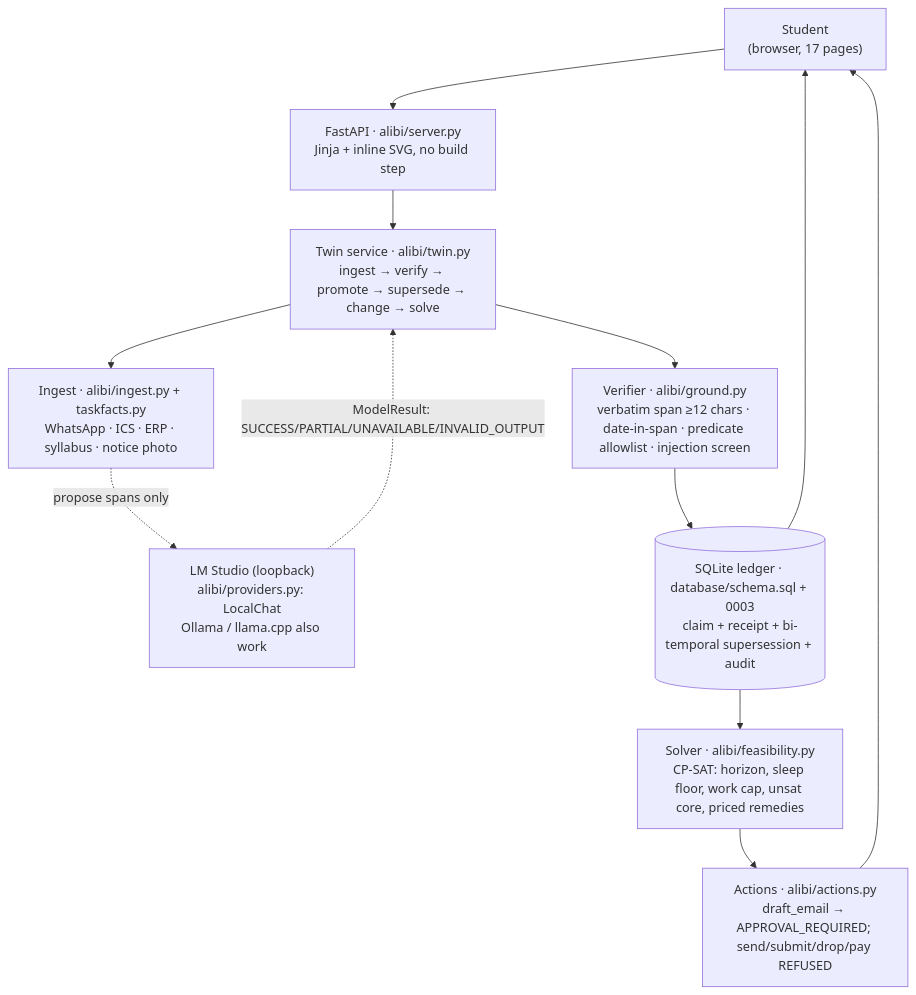
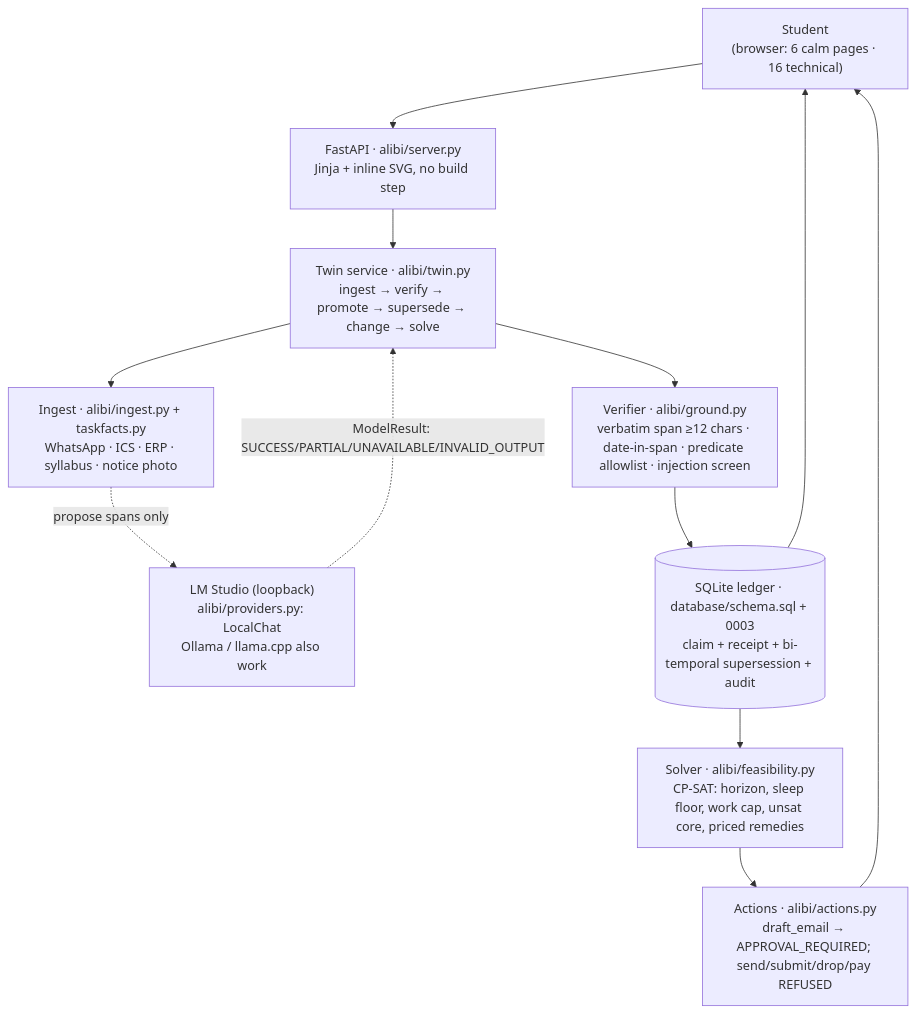
The diagram in README.md (Apoorv-07/the-alibi), drawn with Mermaid before and after one commit. The commit also changed other lines of this file and 59 other files, not shown here.

````diff
--- a/README.md
+++ b/README.md
@@ -87,14 +92,14 @@
 ```mermaid
 flowchart TD
-    U["Student<br/>(browser, 17 pages)"] --> S["FastAPI · alibi/server.py<br/>Jinja + inline SVG, no build step"]
+    U["Student<br/>(browser: 6 calm pages · 16 technical)"] --> S["FastAPI · alibi/server.py<br/>Jinja + inline SVG, no build step"]
     S --> T["Twin service · alibi/twin.py<br/>ingest → verify → promote → supersede → change → solve"]
     T --> I["Ingest · alibi/ingest.py + taskfacts.py<br/>WhatsApp · ICS · ERP · syllabus · notice photo"]
     I -.->|propose spans only| M["LM Studio (loopback)<br/>alibi/providers.py: LocalChat<br/>Ollama / llama.cpp also work"]
     M -.->|ModelResult: SUCCESS/PARTIAL/UNAVAILABLE/INVALID_OUTPUT| T
     T --> G["Verifier · alibi/ground.py<br/>verbatim span ≥12 chars · date-in-span · predicate allowlist · injection screen"]
     G --> D[("SQLite ledger · database/schema.sql + 0003<br/>claim + receipt + bi-temporal supersession + audit")]
     D --> F["Solver · alibi/feasibility.py<br/>CP-SAT: horizon, sleep floor, work cap, unsat core, priced remedies"]
     F --> A["Actions · alibi/actions.py<br/>draft_email → APPROVAL_REQUIRED; send/submit/drop/pay REFUSED"]
     A --> U
     D --> U
 ```
````
